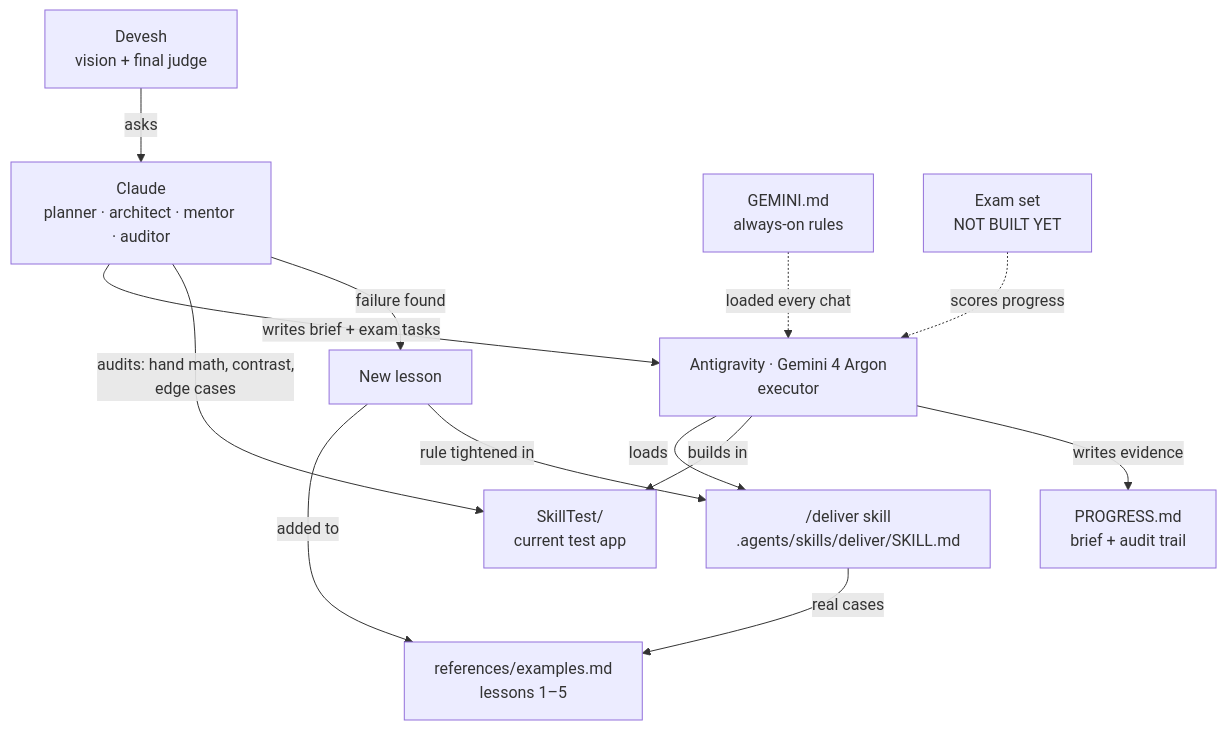
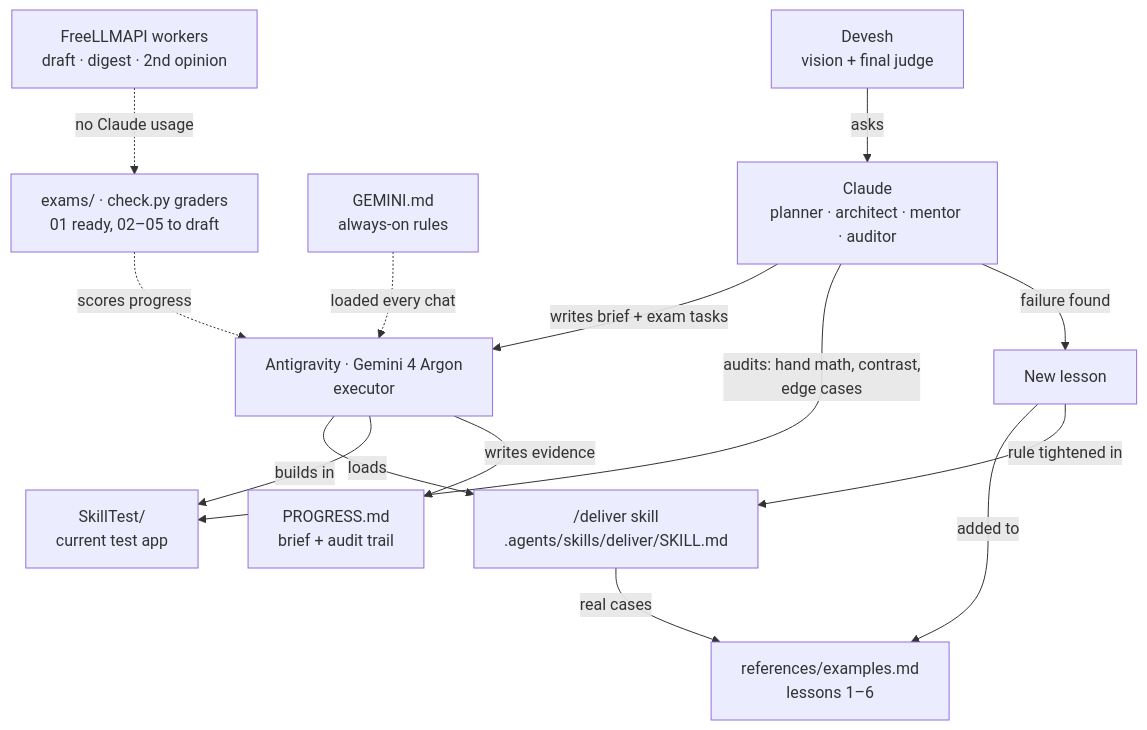
One commit to dev-prk/Antigravity changed the diagram in TRAINING_MAP.md. Above: the diagram before and after it, drawn with Mermaid. The commit also changed other lines of this file and 5 other files, not shown here.

Commit message:
Auto-sync [2026-11-24 05:58:23 UTC]: .agents/skills/deliver/references/examples.md TRAINING_MAP.md exams/01_parallel_selftime/BRIEF.md exams/01_parallel_selftime/check.py exams/01_parallel_selftime/parallel_plan.txt

````diff
--- a/TRAINING_MAP.md
+++ b/TRAINING_MAP.md
@@ -10,15 +10,16 @@
 ```mermaid
 graph TD
   U[Devesh<br/>vision + final judge] -->|asks| C[Claude<br/>planner · architect · mentor · auditor]
   C -->|writes brief + exam tasks| A[Antigravity · Gemini 4 Argon<br/>executor]
   A -->|loads| S["/deliver skill<br/>.agents/skills/deliver/SKILL.md"]
-  S -->|real cases| E[references/examples.md<br/>lessons 1–5]
+  S -->|real cases| E[references/examples.md<br/>lessons 1–6]
   A -->|builds in| T[SkillTest/<br/>current test app]
   A -->|writes evidence| P[PROGRESS.md<br/>brief + audit trail]
   C -->|audits: hand math, contrast,<br/>edge cases| T
   C -->|failure found| L[New lesson]
   L -->|added to| E
   L -->|rule tightened in| S
   G[GEMINI.md<br/>always-on rules] -.->|loaded every chat| A
-  X[Exam set<br/>NOT BUILT YET] -.->|scores progress| A
+  X[exams/ · check.py graders<br/>01 ready, 02–05 to draft] -.->|scores progress| A
+  W[FreeLLMAPI workers<br/>draft · digest · 2nd opinion] -.->|no Claude usage| X
 ```
````
